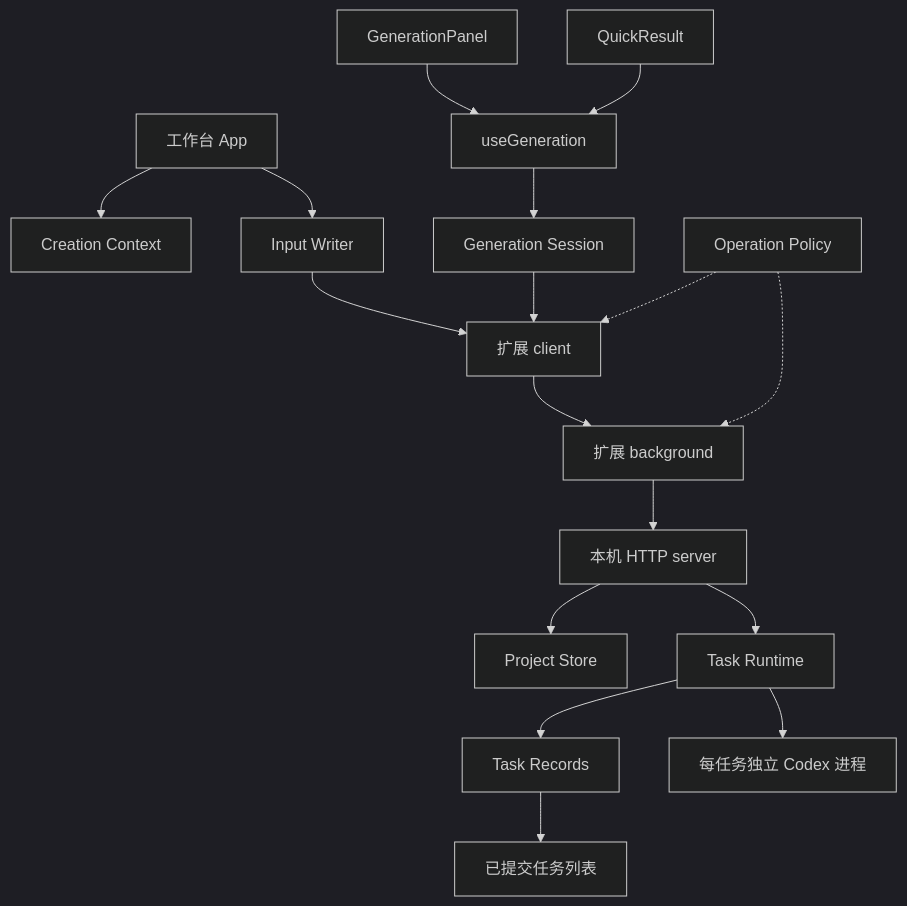
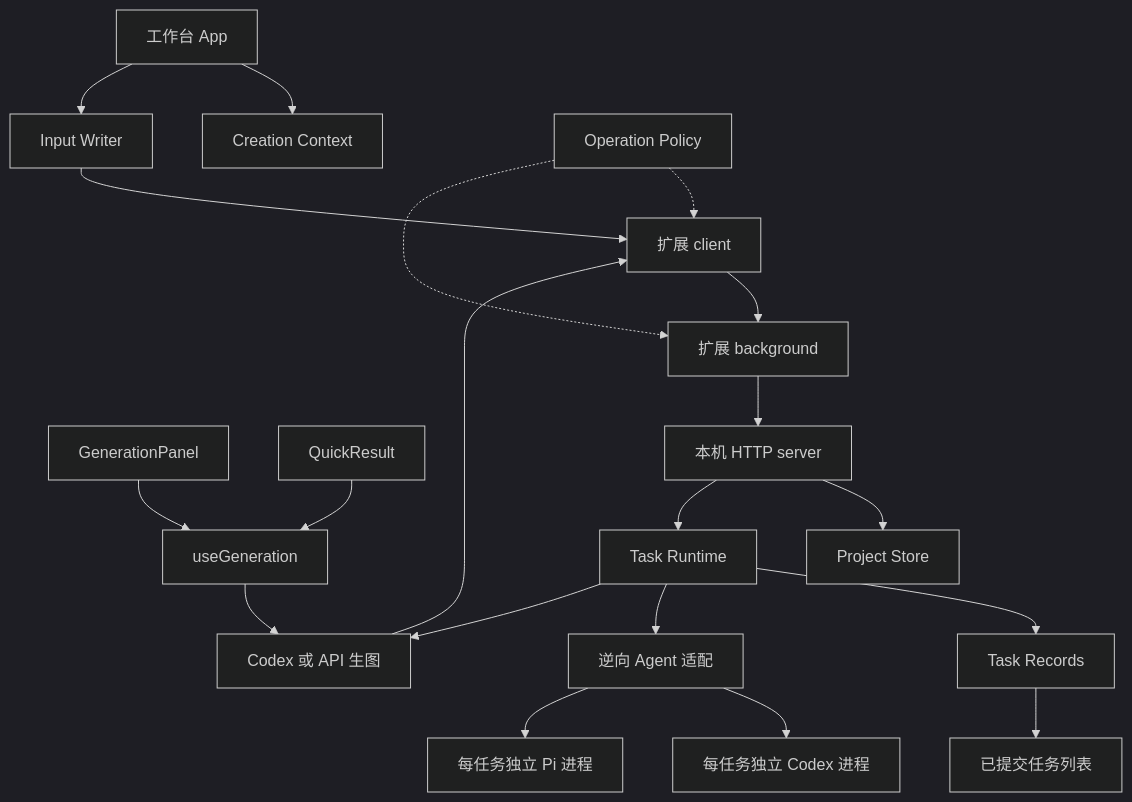
The diagram in browser-extension/docs/architecture.md (AIDiscovery007/qc-reframe), drawn with Mermaid (dark theme) before and after one commit. The commit also changed other lines of this file and 52 other files, not shown here.

````diff
--- a/browser-extension/docs/architecture.md
+++ b/browser-extension/docs/architecture.md
@@ -5,19 +5,22 @@
 ```mermaid
 flowchart TD
   App[工作台 App] --> Context[Creation Context]
   App --> Writer[Input Writer]
   Workspace[GenerationPanel] --> Hook[useGeneration]
   Quick[QuickResult] --> Hook
   Hook --> Generation[Generation Session]
   Writer --> Client[扩展 client]
   Generation --> Client
   Client --> Background[扩展 background]
   Policy[Operation Policy] -.-> Client
   Policy -.-> Background
   Background --> Bridge[本机 HTTP server]
   Bridge --> Projects[Project Store]
   Bridge --> Runtime[Task Runtime]
   Runtime --> Records[Task Records]
   Records --> Feed[已提交任务列表]
-  Runtime --> Codex[每任务独立 Codex 进程]
+  Runtime --> Agent[逆向 Agent 适配]
+  Agent --> Codex[每任务独立 Codex 进程]
+  Agent --> Pi[每任务独立 Pi 进程]
+  Runtime --> Generation[Codex 或 API 生图]
 ```
````
